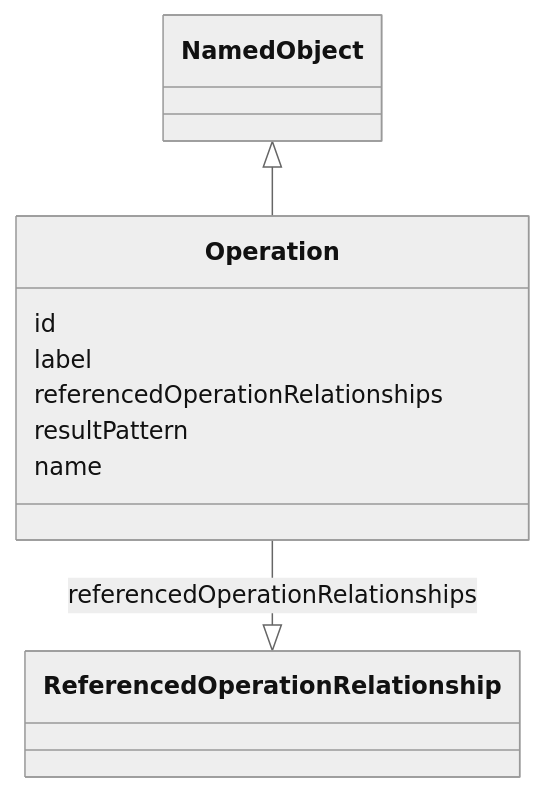
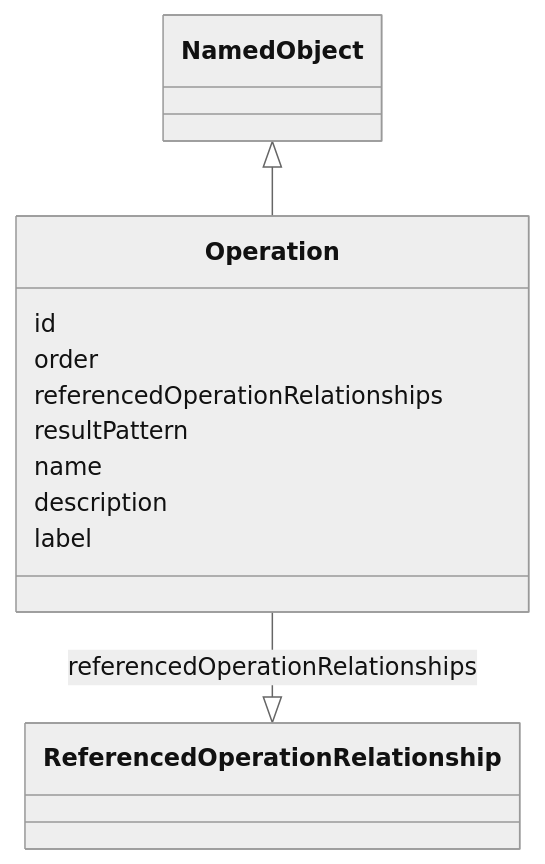
Before and after one commit to cdisc-org/analysis-results-standard: the diagram in project/docs/Operation.md, drawn with Mermaid (neutral theme). The commit also changed other lines of this file and 132 other files, not shown here.

````diff
--- a/project/docs/Operation.md
+++ b/project/docs/Operation.md
@@ -13,13 +13,15 @@
 ```mermaid
  classDiagram
     class Operation
       NamedObject <|-- Operation
 
       Operation : id
-        Operation : label
+        Operation : order
         Operation : referencedOperationRelationships
         Operation --|> ReferencedOperationRelationship : referencedOperationRelationships
         Operation : resultPattern
         Operation : name
+        Operation : description
+        Operation : label
         
 ```
````
